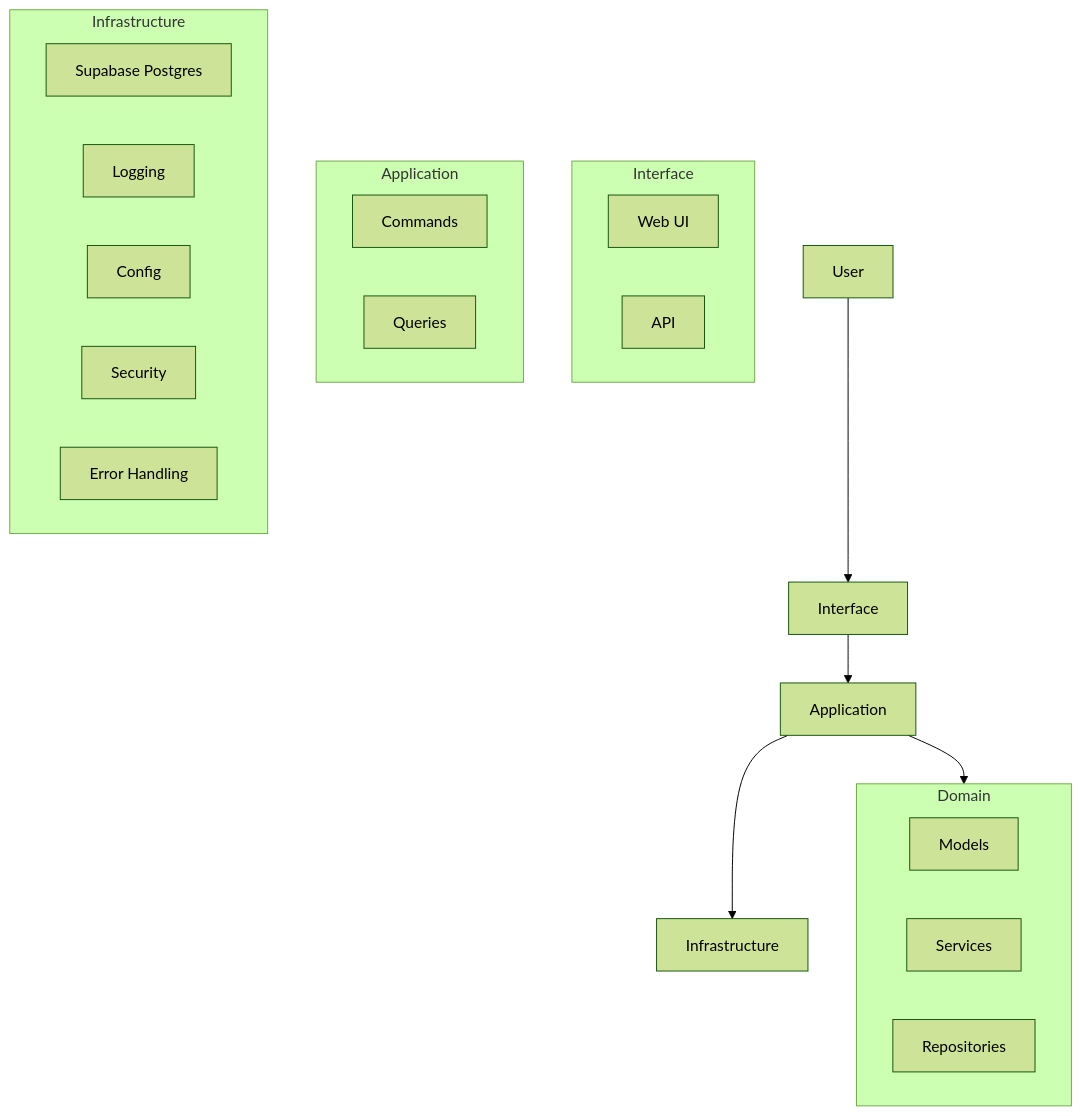
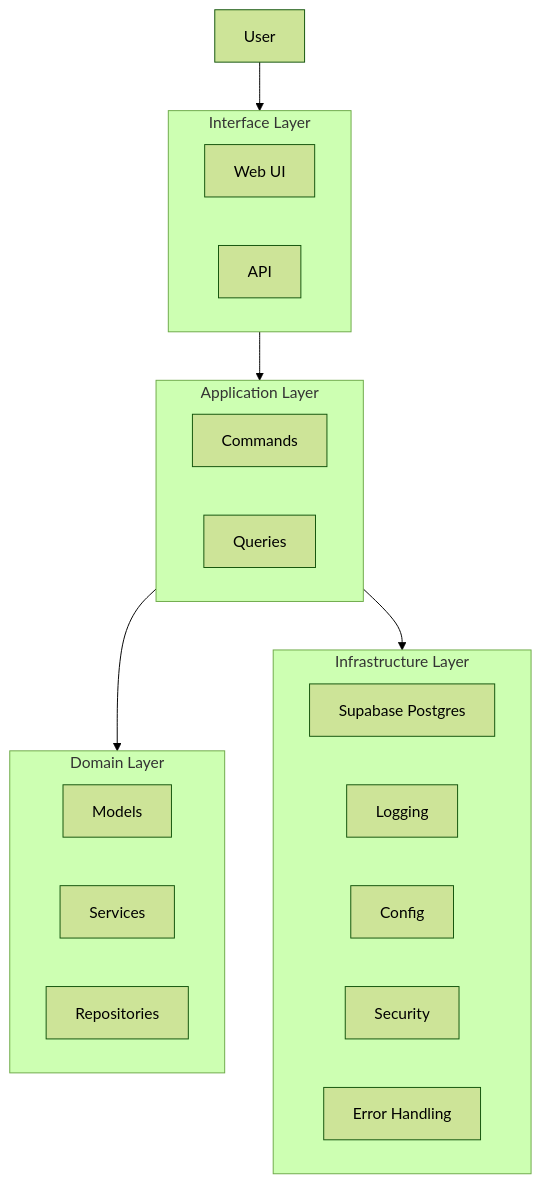
The second of 8 diagrams in README.md (erfianugrah/pastebin), drawn with Mermaid (forest theme) before and after one commit. The commit also changed other lines of this file and 3 other files, not shown here.

````diff
--- a/README.md
+++ b/README.md
@@ -107,31 +107,31 @@
 ```mermaid
 graph TD
-    User[User] --> UI[Interface]
-    UI --> App[Application]
-    App --> Domain[Domain]
-    App --> Infra[Infrastructure]
-    
-    subgraph "Interface"
+    User[User] --> Interface
+    Interface --> Application
+    Application --> Domain
+    Application --> Infrastructure
+
+    subgraph Interface["Interface Layer"]
       Web[Web UI]
       API[API]
     end
-    
-    subgraph "Application"
+
+    subgraph Application["Application Layer"]
       Cmd[Commands]
       Qry[Queries]
     end
-    
-    subgraph "Domain"
+
+    subgraph Domain["Domain Layer"]
       Model[Models]
       Svc[Services]
       Repo[Repositories]
     end
-    
-    subgraph "Infrastructure"
+
+    subgraph Infrastructure["Infrastructure Layer"]
       DB[Supabase Postgres]
       Log[Logging]
       Cfg[Config]
       Sec[Security]
       Err[Error Handling]
     end
 ```
````
